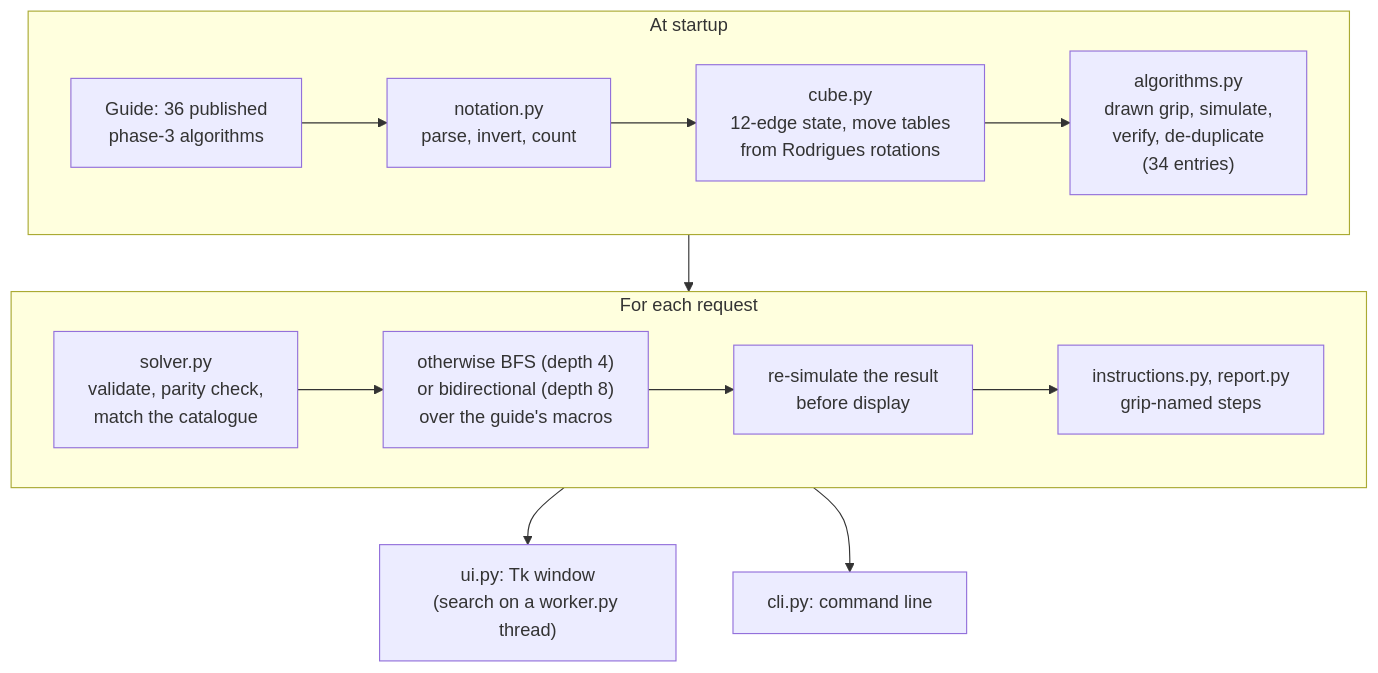
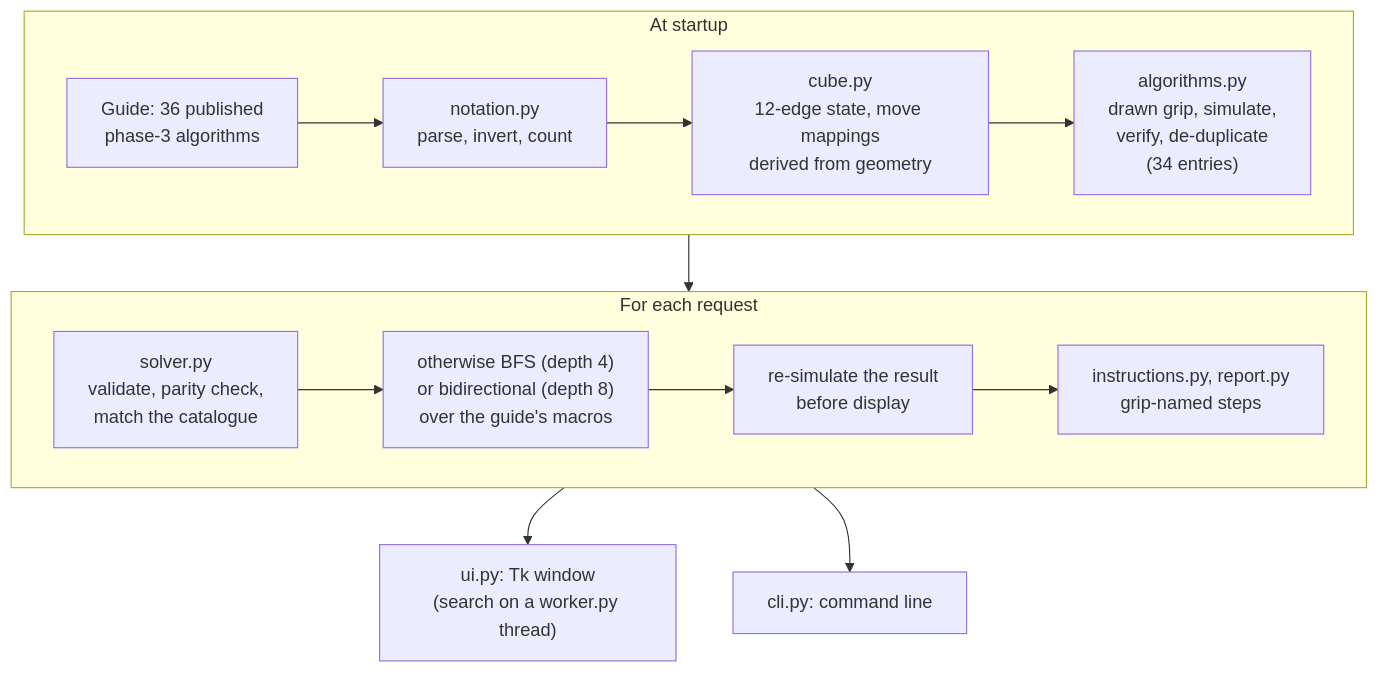
Before and after one commit to AlphaShk/puppet-cube-solver: the diagram in README.md, drawn with Mermaid. The commit also changed other lines of this file and 1 other file, not shown here.

````diff
--- a/README.md
+++ b/README.md
@@ -71,18 +85,18 @@
 ```mermaid
 flowchart TB
     subgraph startup["At startup"]
         direction LR
         G["Guide: 36 published<br/>phase-3 algorithms"] --> N["notation.py<br/>parse, invert, count"]
-        N --> C["cube.py<br/>12-edge state, move tables<br/>from Rodrigues rotations"]
+        N --> C["cube.py<br/>12-edge state, move mappings<br/>derived from geometry"]
         C --> A["algorithms.py<br/>drawn grip, simulate,<br/>verify, de-duplicate<br/>(34 entries)"]
     end
     subgraph request["For each request"]
         direction LR
         S["solver.py<br/>validate, parity check,<br/>match the catalogue"] --> M["otherwise BFS (depth 4)<br/>or bidirectional (depth 8)<br/>over the guide's macros"]
         M --> V["re-simulate the result<br/>before display"]
         V --> R["instructions.py, report.py<br/>grip-named steps"]
     end
     startup --> request
     request --> UI["ui.py: Tk window<br/>(search on a worker.py thread)"]
     request --> CLI["cli.py: command line"]
 ```
````
